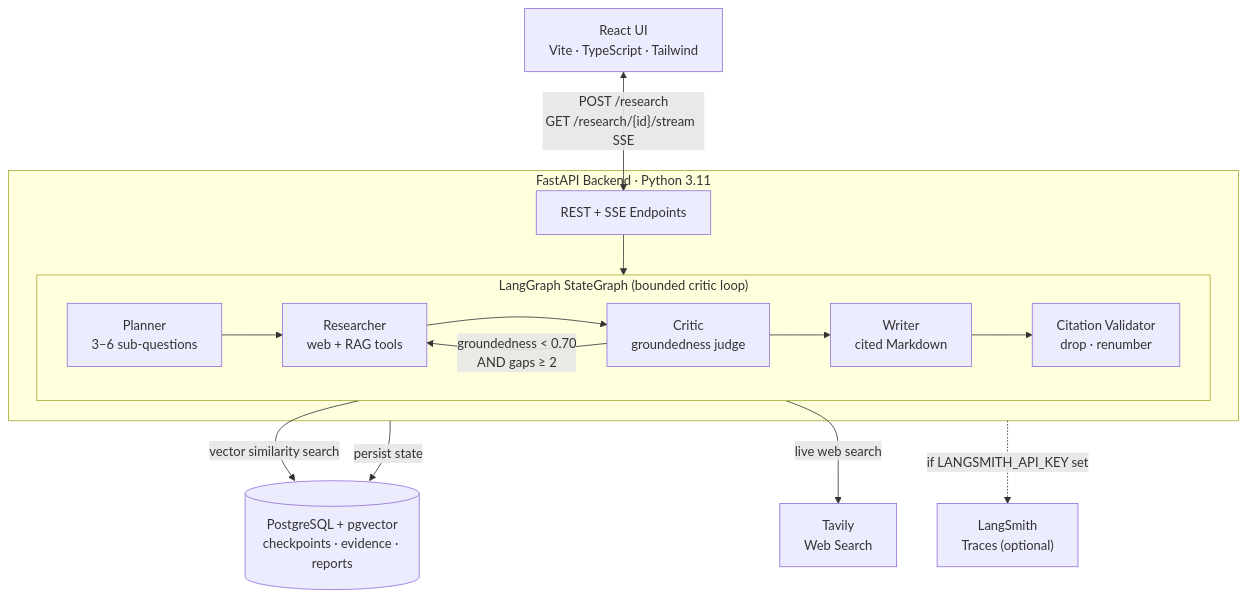
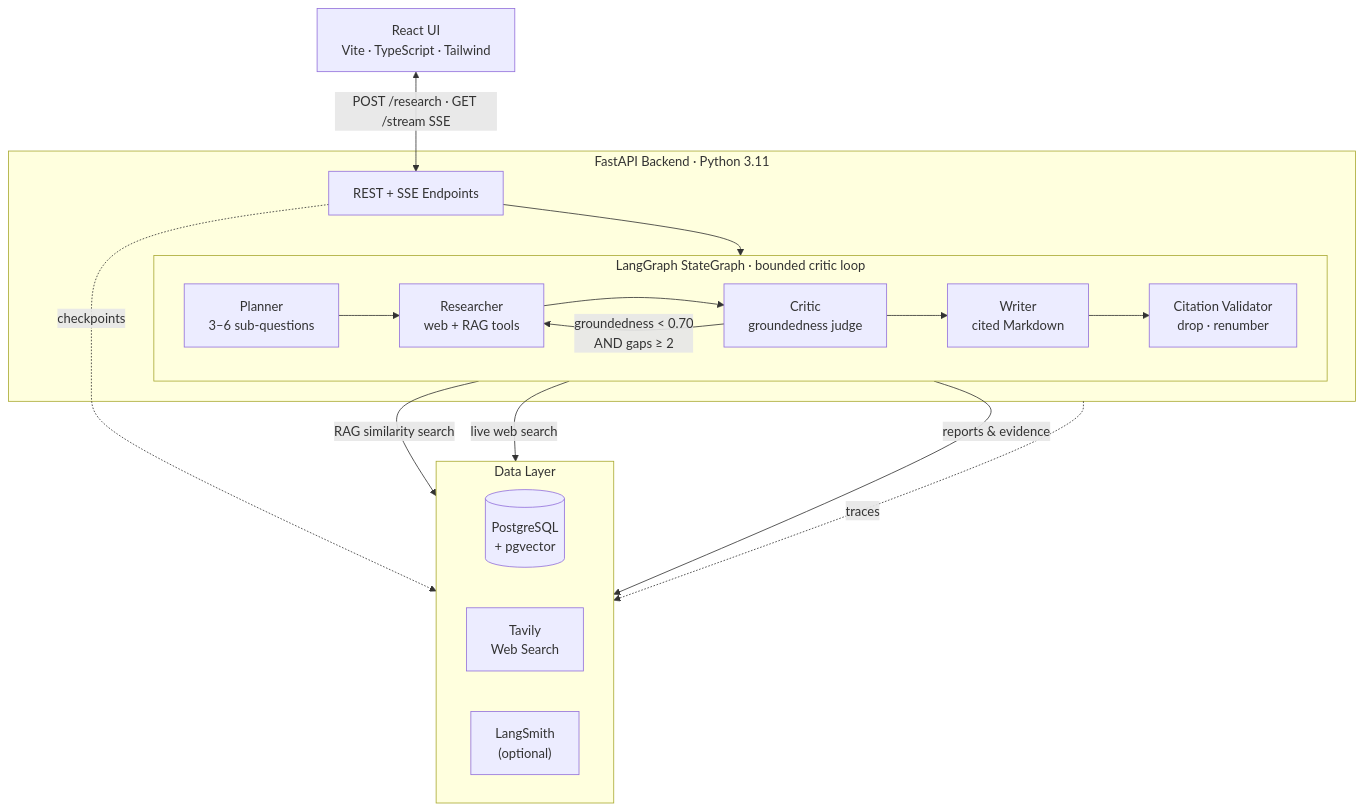
The diagram in README.md (Nishaant-Soni/Autonomous_Research_Analyst), drawn with Mermaid before and after one commit. The commit also changed other lines of this file, not shown here.

````diff
--- a/README.md
+++ b/README.md
@@ -41,33 +40,37 @@
 ```mermaid
 flowchart TD
     UI["React UI\nVite · TypeScript · Tailwind"]
 
     subgraph backend["FastAPI Backend · Python 3.11"]
         API["REST + SSE Endpoints"]
 
-        subgraph graph["LangGraph StateGraph  (bounded critic loop)"]
+        subgraph graph["LangGraph StateGraph · bounded critic loop"]
             direction LR
             PL["Planner\n3–6 sub-questions"]
             RS["Researcher\nweb + RAG tools"]
             CR["Critic\ngroundedness judge"]
             WR["Writer\ncited Markdown"]
             CV["Citation Validator\ndrop · renumber"]
 
             PL --> RS --> CR
             CR -->|"groundedness < 0.70\nAND gaps ≥ 2"| RS
             CR --> WR --> CV
         end
 
         API --> PL
     end
 
-    DB[("PostgreSQL + pgvector\ncheckpoints · evidence · reports")]
-    WEB["Tavily\nWeb Search"]
-    LS["LangSmith\nTraces  (optional)"]
+    subgraph datalayer["Data Layer"]
+        direction LR
+        DB[("PostgreSQL\n+ pgvector")]
+        WEB["Tavily\nWeb Search"]
+        LS["LangSmith\n(optional)"]
+    end
 
-    UI <-->|"POST /research\nGET /research/{id}/stream  SSE"| API
-    RS -->|"vector similarity search"| DB
+    UI <-->|"POST /research · GET /stream SSE"| API
+    RS -->|"RAG similarity search"| DB
     RS -->|"live web search"| WEB
-    backend -->|"persist state"| DB
-    backend -. "if LANGSMITH_API_KEY set" .-> LS
+    API -. "checkpoints" .-> DB
+    CV -- "reports & evidence" --> DB
+    backend -. "traces" .-> LS
 ```
````
